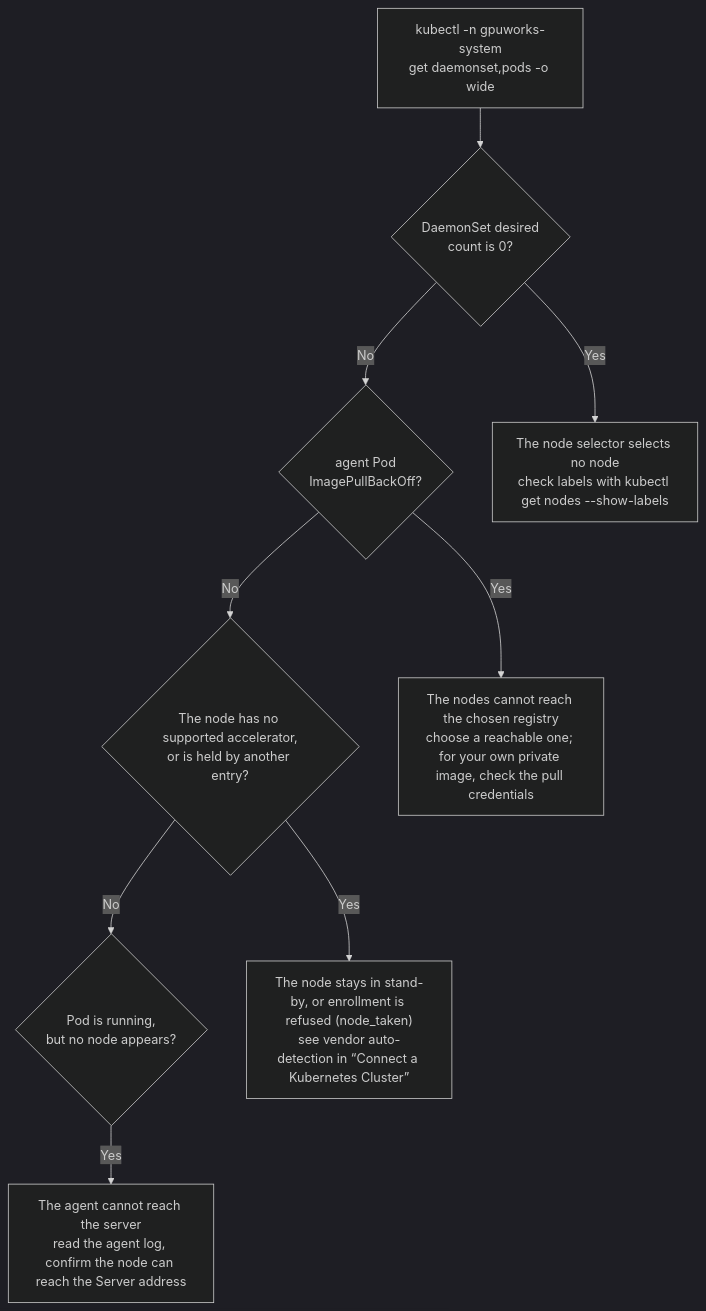
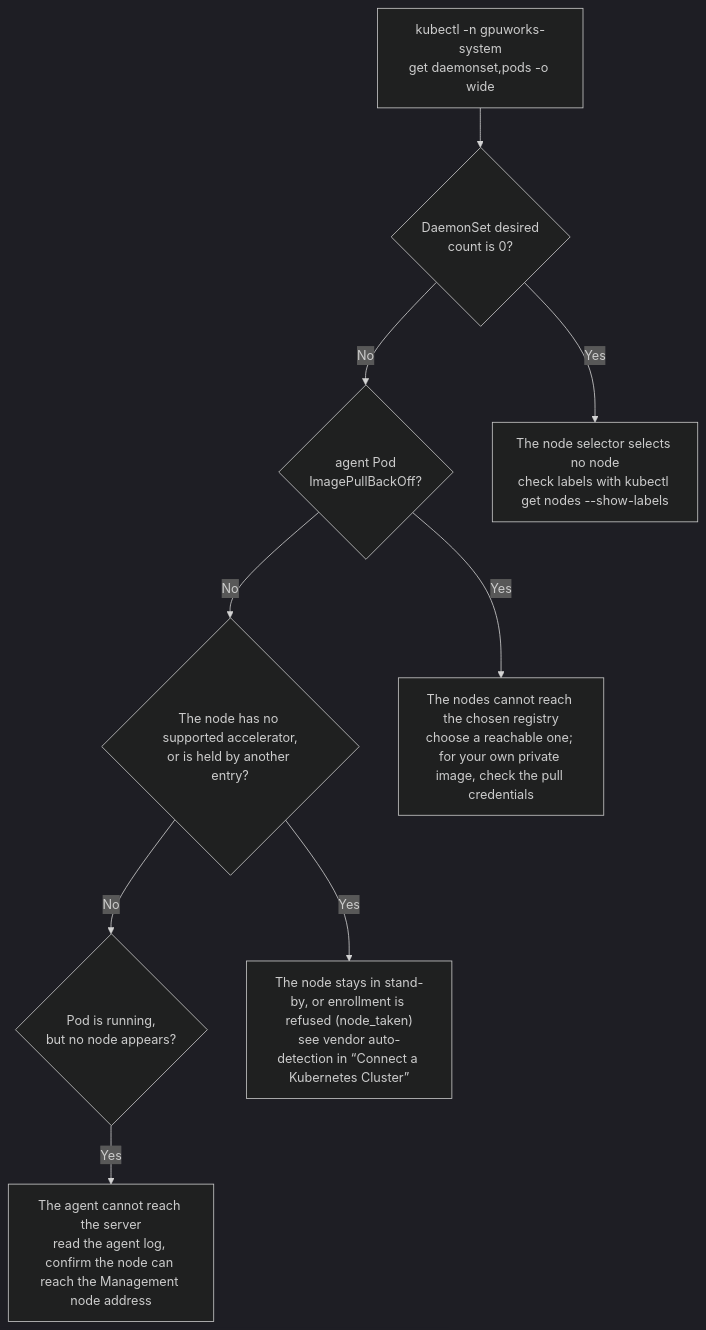
One commit to flitai-io/gpuworks changed the third of 3 diagrams in docs-en/how-to/connect-managed-kubernetes.md. Above: the diagram before and after it, drawn with Mermaid (dark theme). The commit also changed other lines of this file and 15 other files, not shown here.

````diff
--- a/docs-en/how-to/connect-managed-kubernetes.md
+++ b/docs-en/how-to/connect-managed-kubernetes.md
@@ -382,20 +375,20 @@
 ```mermaid
 flowchart TD
   start["kubectl -n gpuworks-system<br/>get daemonset,pods -o wide"]
   q1{"DaemonSet desired<br/>count is 0?"}
   q2{"agent Pod<br/>ImagePullBackOff?"}
   q3{"The node has no supported accelerator,<br/>or is held by another entry?"}
   q4{"Pod is running,<br/>but no node appears?"}
   f1["The node selector selects no node<br/>check labels with kubectl get nodes --show-labels"]
   f2["The nodes cannot reach the chosen registry<br/>choose a reachable one; for your own private image, check the pull credentials"]
   f3["The node stays in stand-by, or enrollment is refused (node_taken)<br/>see vendor auto-detection in “Connect a Kubernetes Cluster”"]
-  f4["The agent cannot reach the server<br/>read the agent log, confirm the node can reach the Server address"]
+  f4["The agent cannot reach the server<br/>read the agent log, confirm the node can reach the Management node address"]
   start --> q1
   q1 -- Yes --> f1
   q1 -- No --> q2
   q2 -- Yes --> f2
   q2 -- No --> q3
   q3 -- Yes --> f3
   q3 -- No --> q4
   q4 -- Yes --> f4
 ```
````
